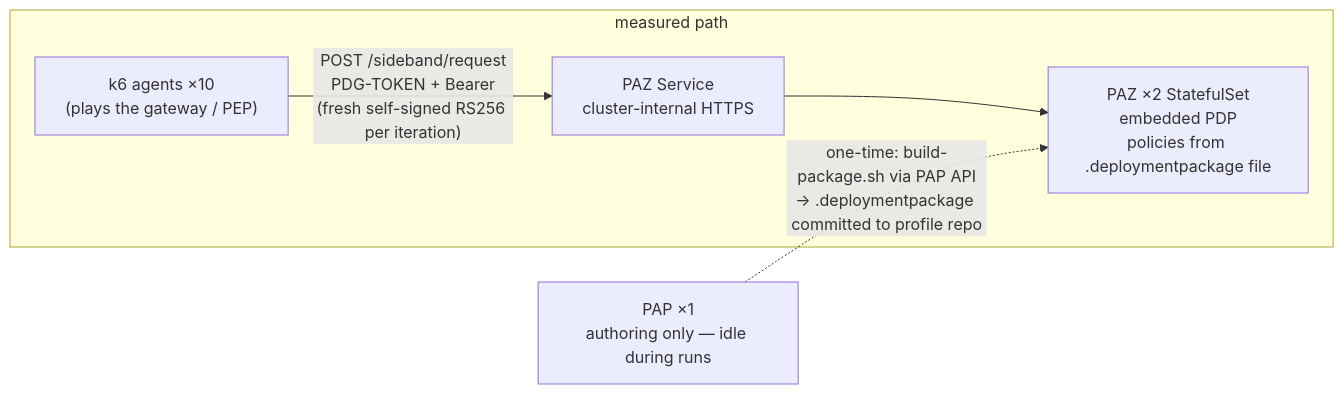
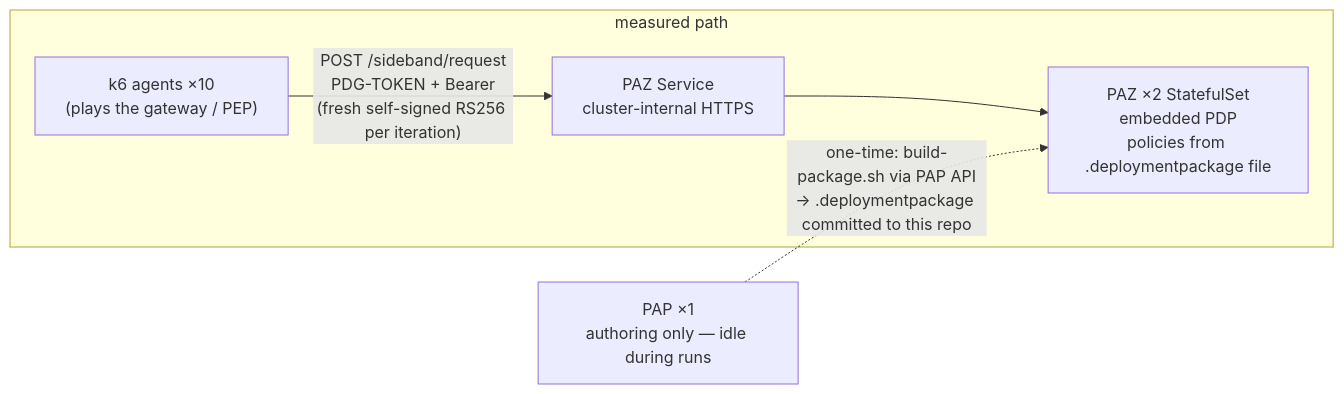
Before and after one commit to carbonefederico/authorize-performance-test: the diagram in README.md, drawn with Mermaid. The commit also changed other lines of this file and 7 other files, not shown here.

First line of the commit message:
refactor: single-repo profile model, session-sourced credentials

````diff
--- a/README.md
+++ b/README.md
@@ -24,13 +24,13 @@
 ```mermaid
 flowchart LR
     subgraph "measured path"
     k6["k6 agents ×10<br/>(plays the gateway / PEP)"]
     svc["PAZ Service<br/>cluster-internal HTTPS"]
     paz["PAZ ×2 StatefulSet<br/>embedded PDP<br/>policies from .deploymentpackage file"]
     end
     pap["PAP ×1<br/>authoring only — idle during runs"]
 
     k6 -- "POST /sideband/request<br/>PDG-TOKEN + Bearer<br/>(fresh self-signed RS256 per iteration)" --> svc
     svc --> paz
-    pap -. "one-time: build-package.sh via PAP API<br/>→ .deploymentpackage committed to profile repo" .-> paz
+    pap -. "one-time: build-package.sh via PAP API<br/>→ .deploymentpackage committed to this repo" .-> paz
 ```
````
